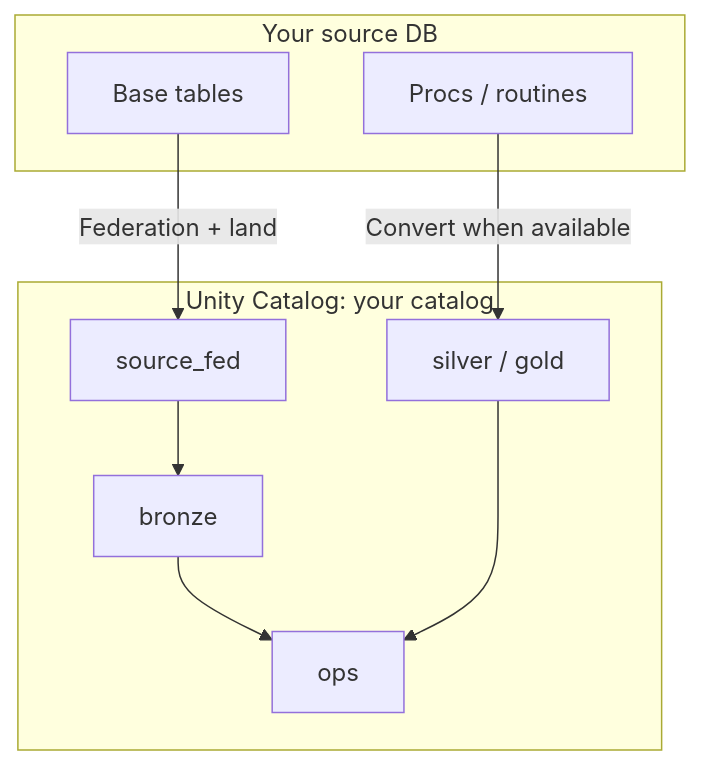
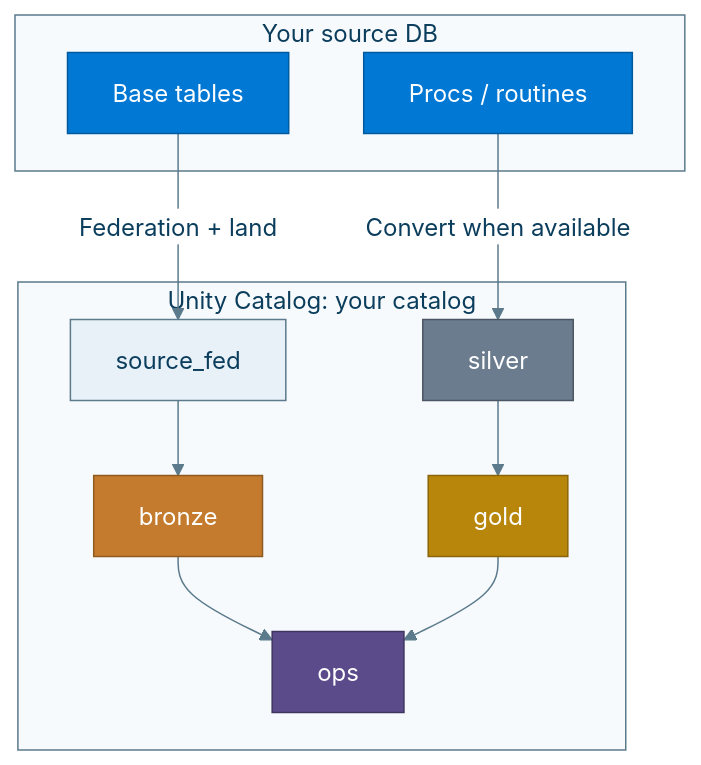
The first of 3 diagrams in docs/what-you-get.md (Jericho2010/edwmigration), drawn with Mermaid before and after one commit. The commit also changed other lines of this file and 25 other files, not shown here.

First line of the commit message:
Add enterprise SoD docs, themed diagrams, glossary, and Cursor UI guide.

````diff
--- a/docs/what-you-get.md
+++ b/docs/what-you-get.md
@@ -20,17 +20,31 @@
 ```mermaid
+%%{init: {"theme":"base","themeVariables":{"primaryColor":"#E8F1F8","primaryTextColor":"#0B3D5C","primaryBorderColor":"#0B3D5C","lineColor":"#5B7A8C","secondaryColor":"#E6F4F1","tertiaryColor":"#F7F3EA","background":"#FFFFFF","mainBkg":"#E8F1F8","clusterBkg":"#F7FAFC","clusterBorder":"#5B7A8C","titleColor":"#0B3D5C","edgeLabelBackground":"#FFFFFF"}}}%%
 flowchart TB
   subgraph Source["Your source DB"]
     T[Base tables]
     P[Procs / routines]
   end
   subgraph UC["Unity Catalog: your catalog"]
     SF[source_fed]
     BR[bronze]
-    SG[silver / gold]
+    SV[silver]
+    GD[gold]
     OPS[ops]
   end
   T -->|Federation + land| SF --> BR
-  P -->|Convert when available| SG
+  P -->|Convert when available| SV --> GD
   BR --> OPS
-  SG --> OPS
+  GD --> OPS
+  classDef azureC fill:#0078D4,stroke:#005A9E,color:#fff
+  classDef bronze fill:#C47B2D,stroke:#8F5A1F,color:#fff
+  classDef silver fill:#6B7C8F,stroke:#4A5663,color:#fff
+  classDef gold fill:#B8860B,stroke:#8A6508,color:#fff
+  classDef ops fill:#5B4B8A,stroke:#3F3460,color:#fff
+  classDef muted fill:#E8F1F8,stroke:#5B7A8C,color:#0B3D5C
+  class T,P azureC
+  class SF muted
+  class BR bronze
+  class SV silver
+  class GD gold
+  class OPS ops
 ```
````
